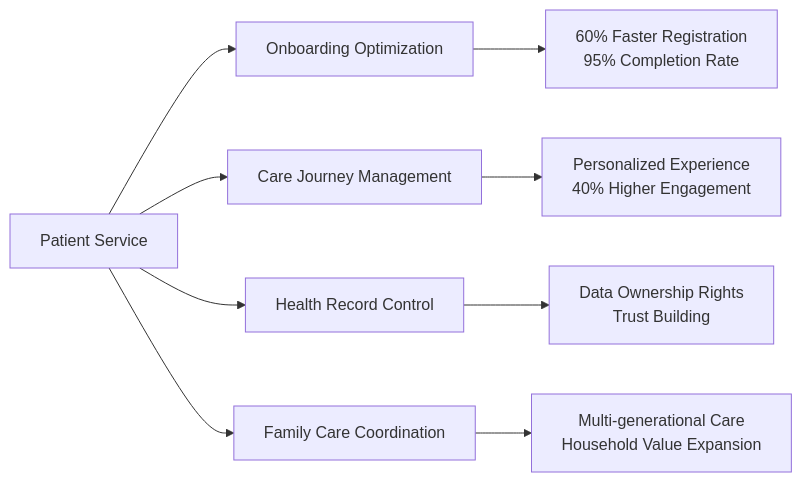
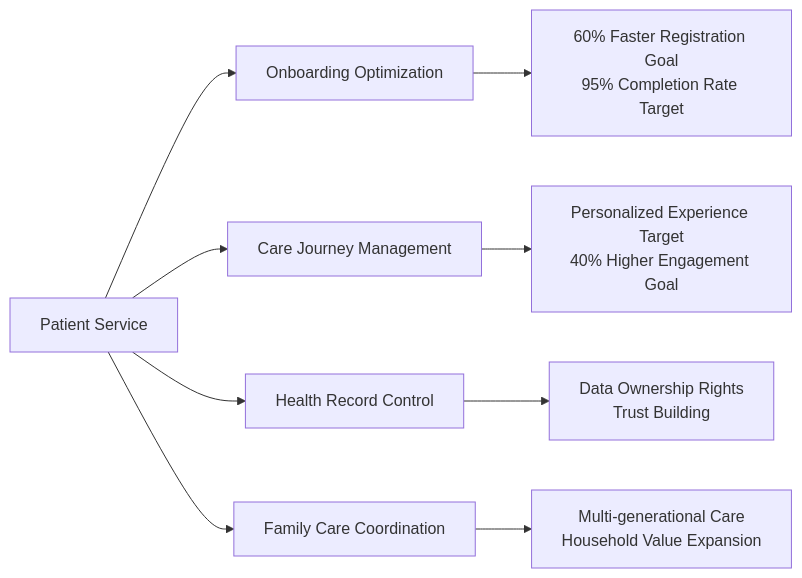
The fourth of 10 diagrams in chapters/05-service-layer.md (mydr24/book), drawn with Mermaid before and after one commit. The commit also changed other lines of this file and 15 other files, not shown here.

````diff
--- a/chapters/05-service-layer.md
+++ b/chapters/05-service-layer.md
@@ -88,12 +90,12 @@
 ```mermaid
 graph LR
     A[Patient Service] --> B[Onboarding Optimization]
     A --> C[Care Journey Management]
     A --> D[Health Record Control]
     A --> E[Family Care Coordination]
     
-    B --> F[60% Faster Registration<br/>95% Completion Rate]
-    C --> G[Personalized Experience<br/>40% Higher Engagement]
+    B --> F[60% Faster Registration Goal<br/>95% Completion Rate Target]
+    C --> G[Personalized Experience Target<br/>40% Higher Engagement Goal]
     D --> H[Data Ownership Rights<br/>Trust Building]
     E --> I[Multi-generational Care<br/>Household Value Expansion]
 ```
````
